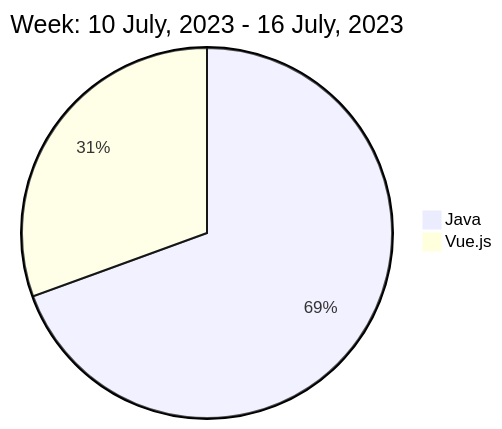
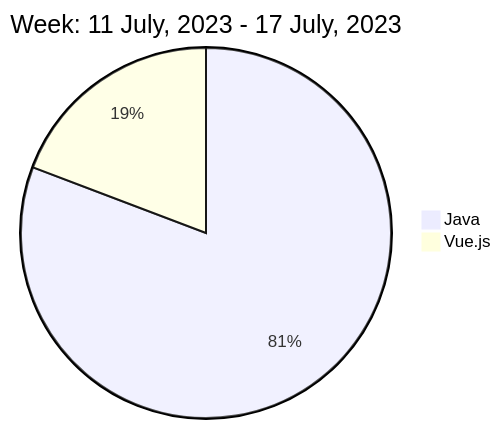
Before and after one commit to liubin95/liubin95: the diagram in README.md, drawn with Mermaid.

Commit message:
Updated the Graph with new Metrics

````diff
--- a/README.md
+++ b/README.md
@@ -40,6 +40,6 @@
 ```mermaid
  pie
-title Week: 10 July, 2023 - 16 July, 2023
- "Java" : 3.75
- "Vue.js" : 1.65
+title Week: 11 July, 2023 - 17 July, 2023
+ "Java" : 15.42
+ "Vue.js" : 3.67
 ```
````
